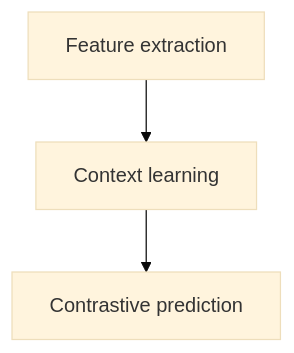
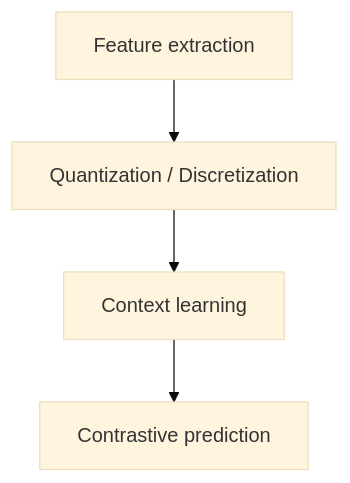
Before and after one commit to ruukhaUA/speech-recognition-matlab: the diagram in documentation/wav2vec_explanation.md, drawn with Mermaid (base theme). The commit also changed other lines of this file and 1 other file, not shown here.

````diff
--- a/documentation/wav2vec_explanation.md
+++ b/documentation/wav2vec_explanation.md
@@ -9,9 +10,10 @@
 ```mermaid
 graph TD
 
 A[Feature extraction]
-B[Context learning]
-C[Contrastive prediction]
+B[Quantization / Discretization]
+C[Context learning]
+D[Contrastive prediction]
 
-A --> B --> C
+A --> B --> C --> D
 ```
````
